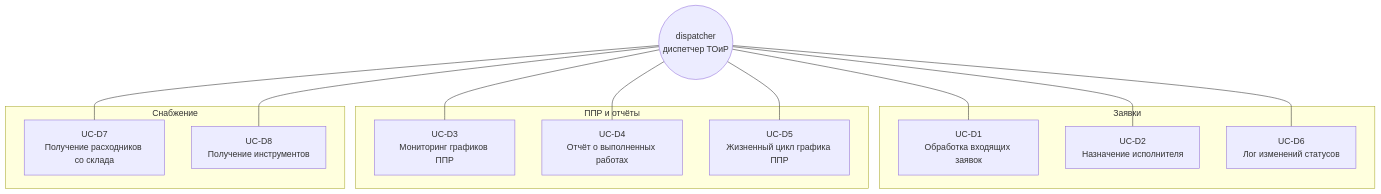
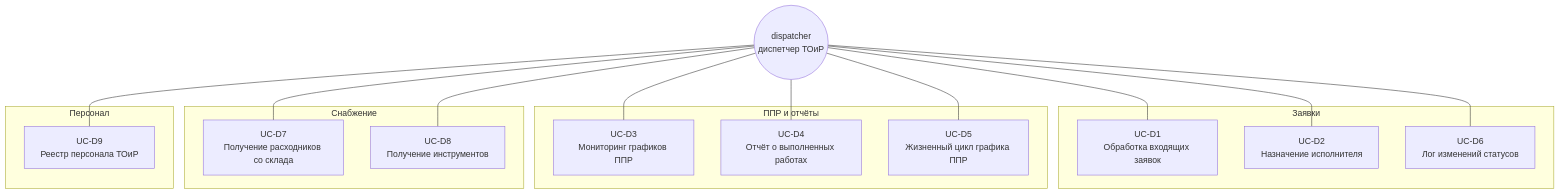
One commit to chiscake/baaz-cmms changed the third of 5 diagrams in docs/use-cases/overview.md. Above: the diagram before and after it, drawn with Mermaid. The commit also changed other lines of this file and 5 other files, not shown here.

````diff
--- a/docs/use-cases/overview.md
+++ b/docs/use-cases/overview.md
@@ -131,30 +131,35 @@
 ```mermaid
 flowchart TB
     Dispatcher(("dispatcher<br/>диспетчер ТОиР"))
 
     subgraph requests["Заявки"]
         UC-D1["UC-D1<br/>Обработка входящих заявок"]
         UC-D2["UC-D2<br/>Назначение исполнителя"]
         UC-D6["UC-D6<br/>Лог изменений статусов"]
     end
 
     subgraph ppr["ППР и отчёты"]
         UC-D3["UC-D3<br/>Мониторинг графиков ППР"]
         UC-D4["UC-D4<br/>Отчёт о выполненных работах"]
         UC-D5["UC-D5<br/>Жизненный цикл графика ППР"]
     end
 
     subgraph supply["Снабжение"]
         UC-D7["UC-D7<br/>Получение расходников со склада"]
         UC-D8["UC-D8<br/>Получение инструментов"]
     end
 
+    subgraph personnel["Персонал"]
+        UC-D9["UC-D9<br/>Реестр персонала ТОиР"]
+    end
+
     Dispatcher --- UC-D1
     Dispatcher --- UC-D2
     Dispatcher --- UC-D3
     Dispatcher --- UC-D4
     Dispatcher --- UC-D5
     Dispatcher --- UC-D6
     Dispatcher --- UC-D7
     Dispatcher --- UC-D8
+    Dispatcher --- UC-D9
 ```
````
